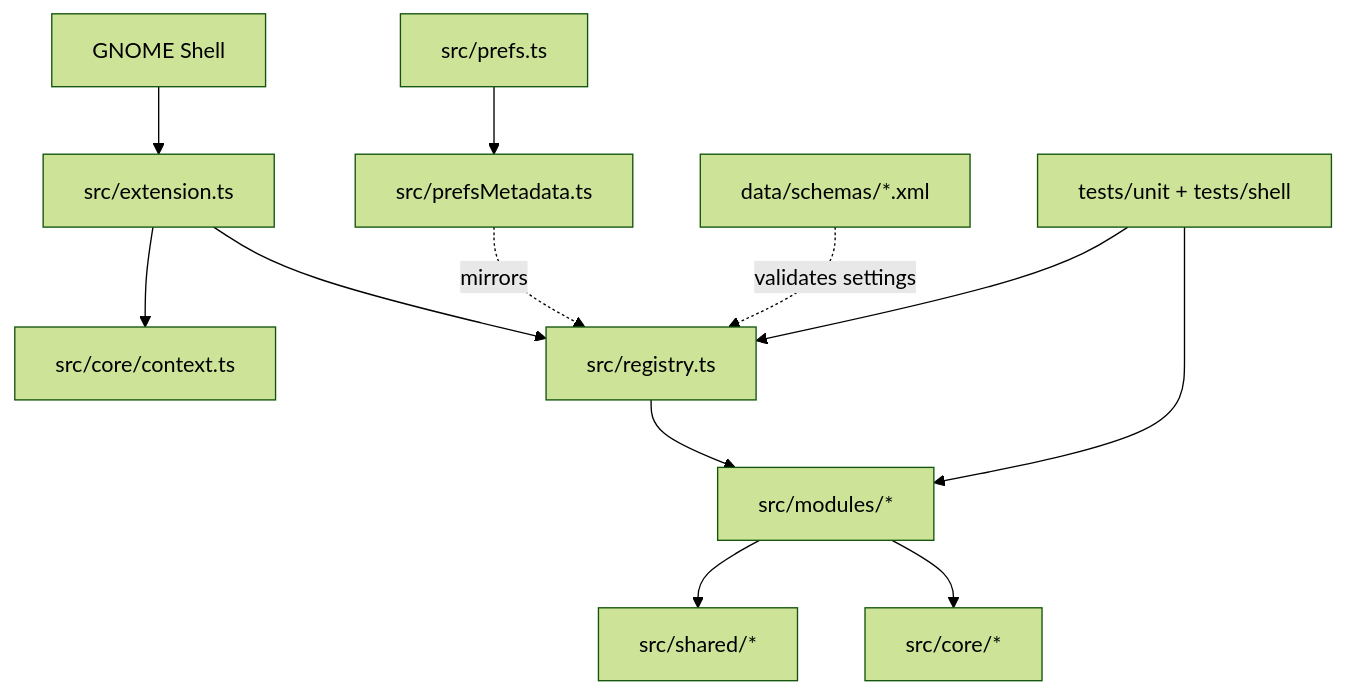
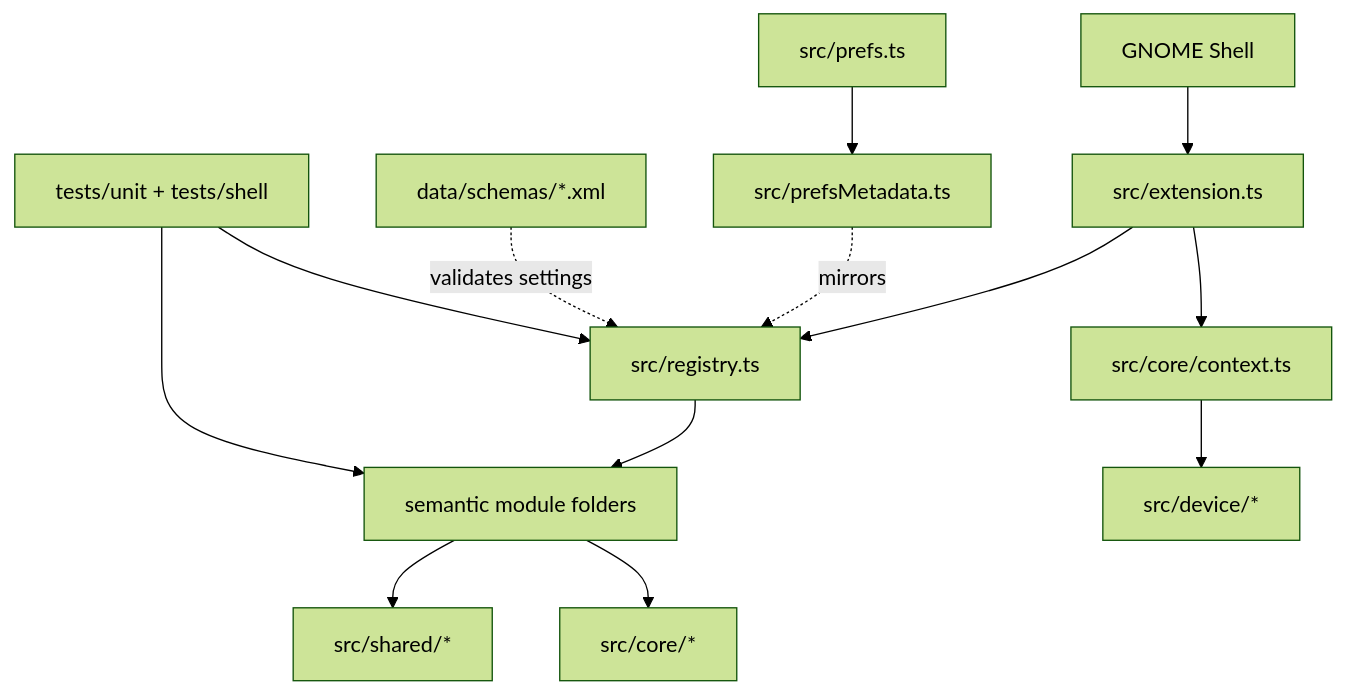
The first of 6 diagrams in ARCHITECTURE.md (luminusOS/aurora-shell), drawn with Mermaid (forest theme) before and after one commit. The commit also changed other lines of this file and 98 other files, not shown here.

````diff
--- a/ARCHITECTURE.md
+++ b/ARCHITECTURE.md
@@ -9,14 +9,15 @@
 ```mermaid
 flowchart TD
   Shell[GNOME Shell] --> Extension[src/extension.ts]
   Extension --> Context[src/core/context.ts]
   Extension --> Registry[src/registry.ts]
-  Registry --> Modules[src/modules/*]
+  Registry --> Modules[semantic module folders]
   Modules --> Shared[src/shared/*]
   Modules --> Core[src/core/*]
+  Context --> Device[src/device/*]
   Prefs[src/prefs.ts] --> PrefsMetadata[src/prefsMetadata.ts]
   PrefsMetadata -. mirrors .-> Registry
   Schema[data/schemas/*.xml] -. validates settings .-> Registry
   Tests[tests/unit + tests/shell] --> Registry
   Tests --> Modules
 ```
````
